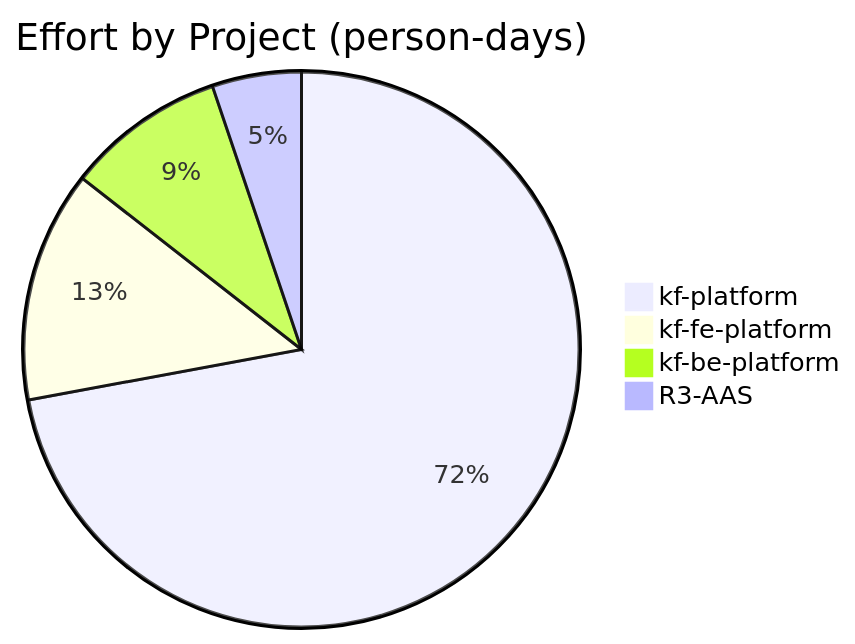
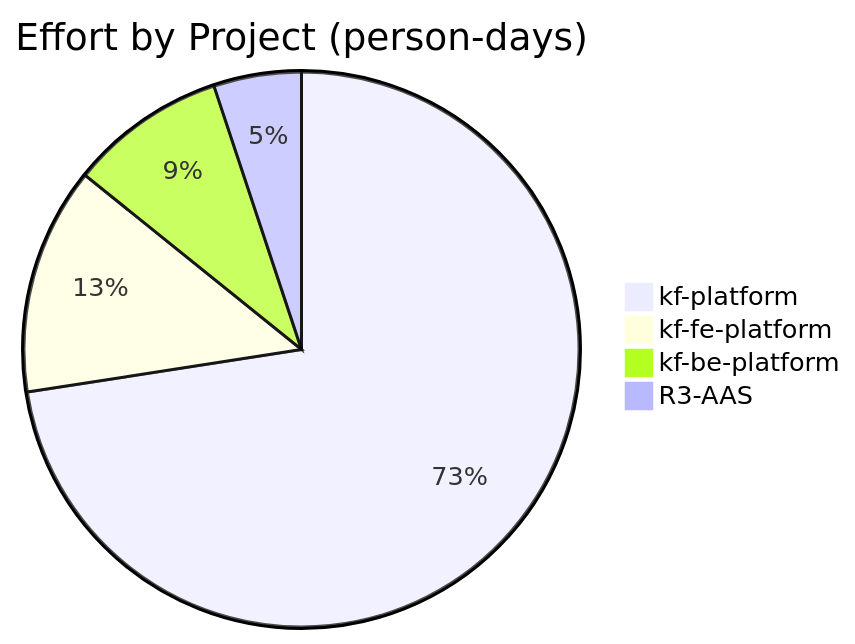
Before and after one commit to Katty-Fashion/kf-cpto: the first of 2 diagrams in docs/unified-calendar.md, drawn with Mermaid. The commit also changed other lines of this file and 12 other files, not shown here.

````diff
--- a/docs/unified-calendar.md
+++ b/docs/unified-calendar.md
@@ -10,7 +10,7 @@
 ```mermaid
 pie title Effort by Project (person-days)
-    "kf-platform" : 257.0
+    "kf-platform" : 263.0
     "kf-fe-platform" : 48.0
     "kf-be-platform" : 33.0
     "R3-AAS" : 18.5
 ```
````
